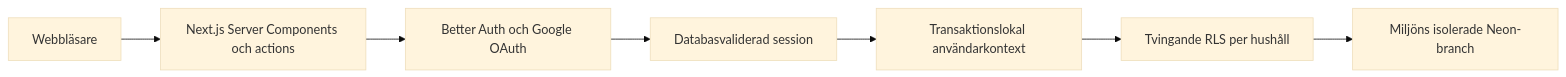
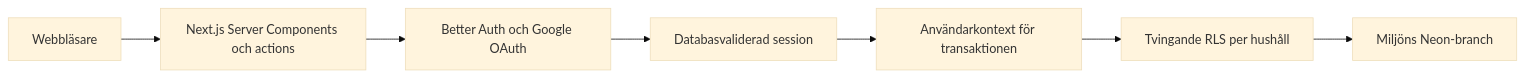
One commit to Visegue/home-economy changed the diagram in docs/architecture.md. Above: the diagram before and after it, drawn with Mermaid (base theme). The commit also changed other lines of this file and 54 other files, not shown here.

````diff
--- a/docs/architecture.md
+++ b/docs/architecture.md
@@ -7,9 +9,9 @@
 ```mermaid
 flowchart LR
   Browser["Webbläsare"] --> Next["Next.js Server Components och actions"]
   Next --> Auth["Better Auth och Google OAuth"]
   Auth --> Session["Databasvaliderad session"]
-  Session --> Context["Transaktionslokal användarkontext"]
+  Session --> Context["Användarkontext för transaktionen"]
   Context --> RLS["Tvingande RLS per hushåll"]
-  RLS --> DB["Miljöns isolerade Neon-branch"]
+  RLS --> DB["Miljöns Neon-branch"]
 ```
````
